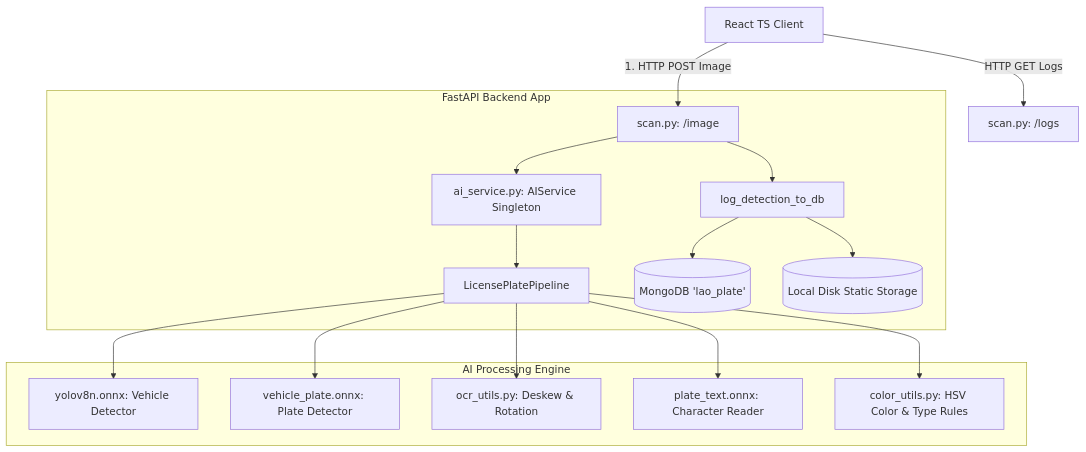
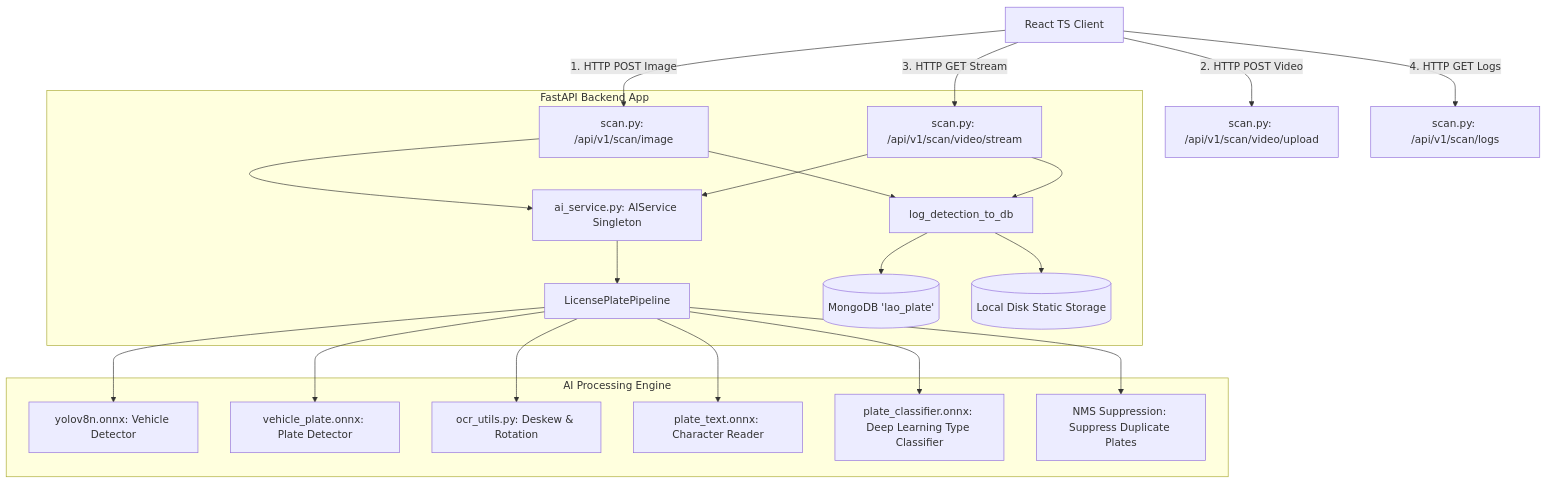
Before and after one commit to Billion101/laolicenceplate: the first of 2 diagrams in dev-document/ARCHITECTURE.md, drawn with Mermaid. The commit also changed other lines of this file and 7 other files, not shown here.

````diff
--- a/dev-document/ARCHITECTURE.md
+++ b/dev-document/ARCHITECTURE.md
@@ -11,21 +11,26 @@
 ```mermaid
 graph TD
-    Client[React TS Client] -->|1. HTTP POST Image| API_Image[scan.py: /image]
-    Client -->|HTTP GET Logs| API_Logs[scan.py: /logs]
+    Client[React TS Client] -->|1. HTTP POST Image| API_Image[scan.py: /api/v1/scan/image]
+    Client -->|2. HTTP POST Video| API_VidUp[scan.py: /api/v1/scan/video/upload]
+    Client -->|3. HTTP GET Stream| API_VidStr[scan.py: /api/v1/scan/video/stream]
+    Client -->|4. HTTP GET Logs| API_Logs[scan.py: /api/v1/scan/logs]
     
     subgraph FastAPI Backend App
         API_Image --> AIService[ai_service.py: AIService Singleton]
+        API_VidStr --> AIService
         AIService --> Pipeline[LicensePlatePipeline]
         API_Image --> DB_Log[log_detection_to_db]
+        API_VidStr --> DB_Log
         DB_Log --> MongoDB[(MongoDB 'lao_plate')]
         DB_Log --> LocalDisk[(Local Disk Static Storage)]
     end
     
     subgraph AI Processing Engine
         Pipeline --> Stage1[yolov8n.onnx: Vehicle Detector]
         Pipeline --> Stage2[vehicle_plate.onnx: Plate Detector]
         Pipeline --> Stage3[ocr_utils.py: Deskew & Rotation]
         Pipeline --> Stage4[plate_text.onnx: Character Reader]
-        Pipeline --> Stage5[color_utils.py: HSV Color & Type Rules]
+        Pipeline --> Stage5[plate_classifier.onnx: Deep Learning Type Classifier]
+        Pipeline --> Stage6[NMS Suppression: Suppress Duplicate Plates]
     end
 ```
````
